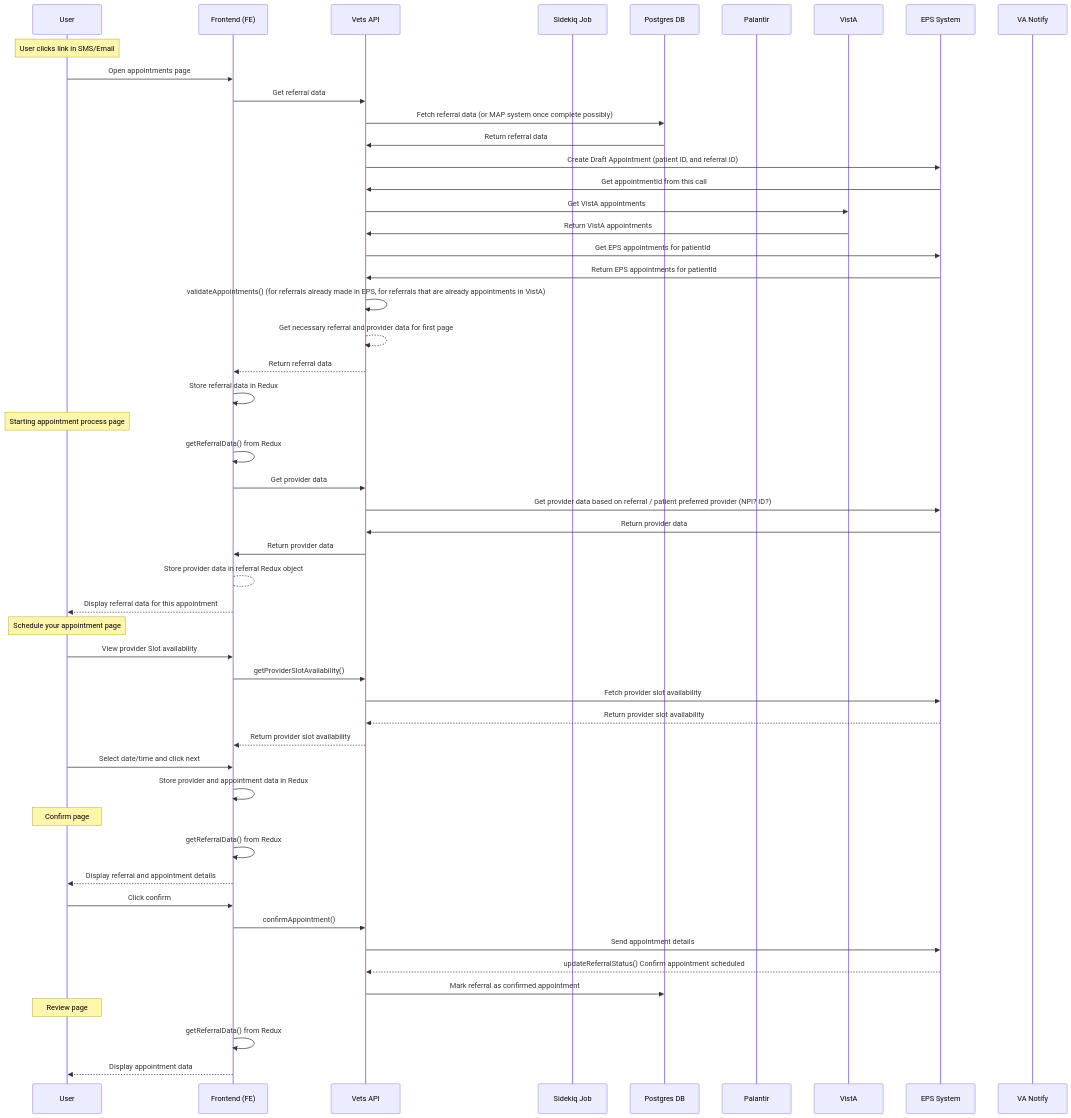
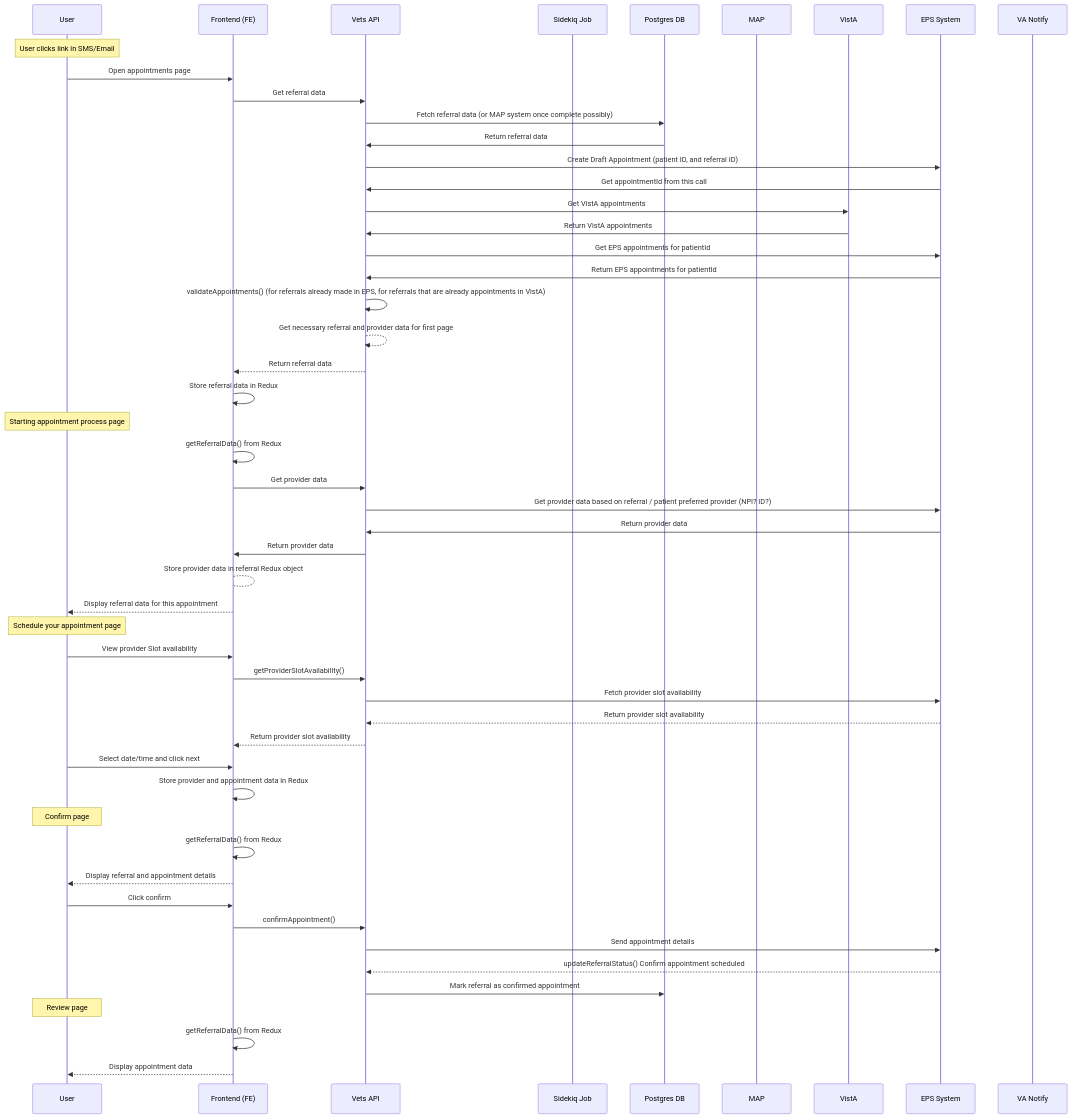
One commit to department-of-veterans-affairs/va.gov-team changed the fourth of 4 diagrams in products/health-care/appointments/va-online-scheduling/engineering/architecture/community-care-technical-documentation.md. Above: the diagram before and after it, drawn with Mermaid. The commit also changed other lines of this file, not shown here.

````diff
--- a/products/health-care/appointments/va-online-scheduling/engineering/architecture/community-care-technical-documentation.md
+++ b/products/health-care/appointments/va-online-scheduling/engineering/architecture/community-care-technical-documentation.md
@@ -131,60 +134,60 @@
 ```mermaid
 sequenceDiagram
     participant User
     participant Frontend as Frontend (FE)
     participant VetsAPI as Vets API
     participant Sidekiq as Sidekiq Job
     participant Postgres as Postgres DB
-    participant Palantir as Palantir
+    participant MAP as MAP
     participant VistA as VistA
     participant EPS as EPS System
     participant VA as VA Notify
 
     Note over User: User clicks link in SMS/Email
     User->>Frontend: Open appointments page
     Frontend->>VetsAPI: Get referral data
     VetsAPI->>Postgres: Fetch referral data (or MAP system once complete possibly)
     Postgres->>VetsAPI: Return referral data
     VetsAPI->>EPS: Create Draft Appointment (patient ID, and referral ID)
     EPS->>VetsAPI: Get appointmentId from this call
     VetsAPI->>VistA: Get VistA appointments
     VistA->>VetsAPI: Return VistA appointments
     VetsAPI->>EPS: Get EPS appointments for patientId
     EPS->>VetsAPI: Return EPS appointments for patientId
     VetsAPI->>VetsAPI: validateAppointments() (for referrals already made in EPS, for referrals that are already appointments in VistA)
     VetsAPI-->>VetsAPI: Get necessary referral and provider data for first page
     VetsAPI-->>Frontend: Return referral data
     Frontend->>Frontend: Store referral data in Redux
     
 
     Note over User: Starting appointment process page
     Frontend->>Frontend: getReferralData() from Redux
     Frontend->>VetsAPI: Get provider data
     VetsAPI->>EPS: Get provider data based on referral / patient preferred provider (NPI? ID?)
     EPS->>VetsAPI: Return provider data
     VetsAPI->>Frontend: Return provider data
     Frontend-->Frontend: Store provider data in referral Redux object
     Frontend-->>User: Display referral data for this appointment
 
     Note over User: Schedule your appointment page
     User->>Frontend: View provider Slot availability
     Frontend->>VetsAPI: getProviderSlotAvailability()
     VetsAPI->>EPS: Fetch provider slot availability
     EPS-->>VetsAPI: Return provider slot availability
     VetsAPI-->>Frontend: Return provider slot availability
     User->>Frontend: Select date/time and click next
     Frontend->>Frontend: Store provider and appointment data in Redux
 
     Note over User: Confirm page
     Frontend->>Frontend: getReferralData() from Redux
     Frontend-->>User: Display referral and appointment details
     User->>Frontend: Click confirm
     Frontend->>VetsAPI: confirmAppointment()
     VetsAPI->>EPS: Send appointment details
     EPS-->>VetsAPI: updateReferralStatus() Confirm appointment scheduled
     VetsAPI->>Postgres: Mark referral as confirmed appointment
 
     Note over User: Review page
     Frontend->>Frontend: getReferralData() from Redux
     Frontend-->>User: Display appointment data
 ```
````
